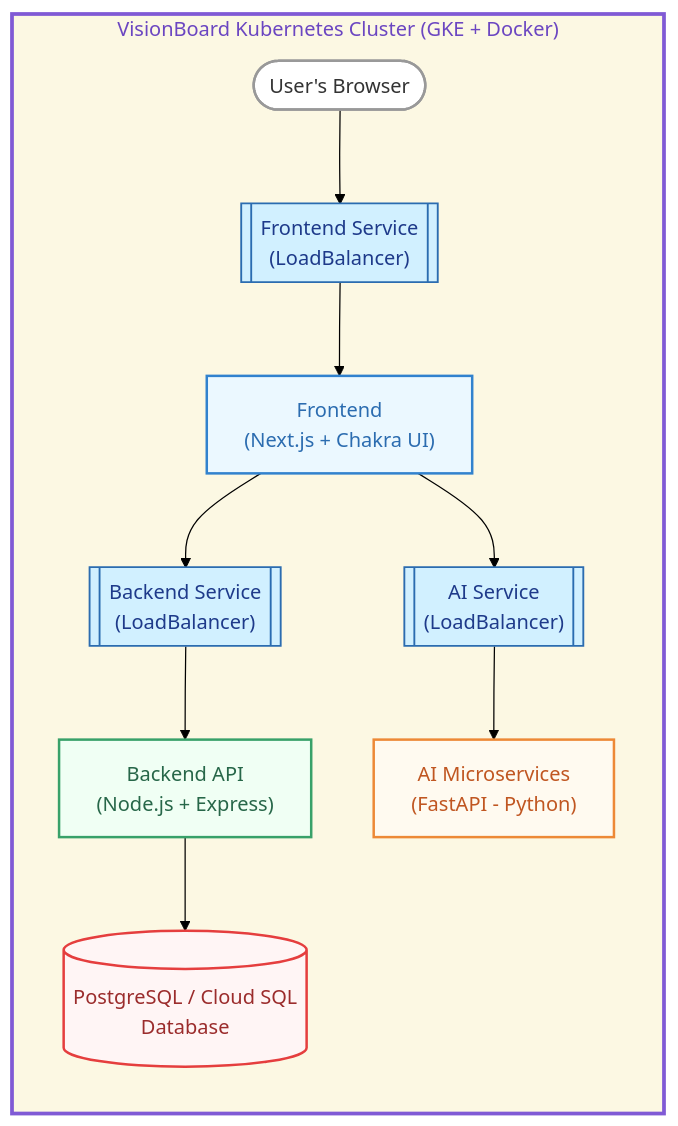
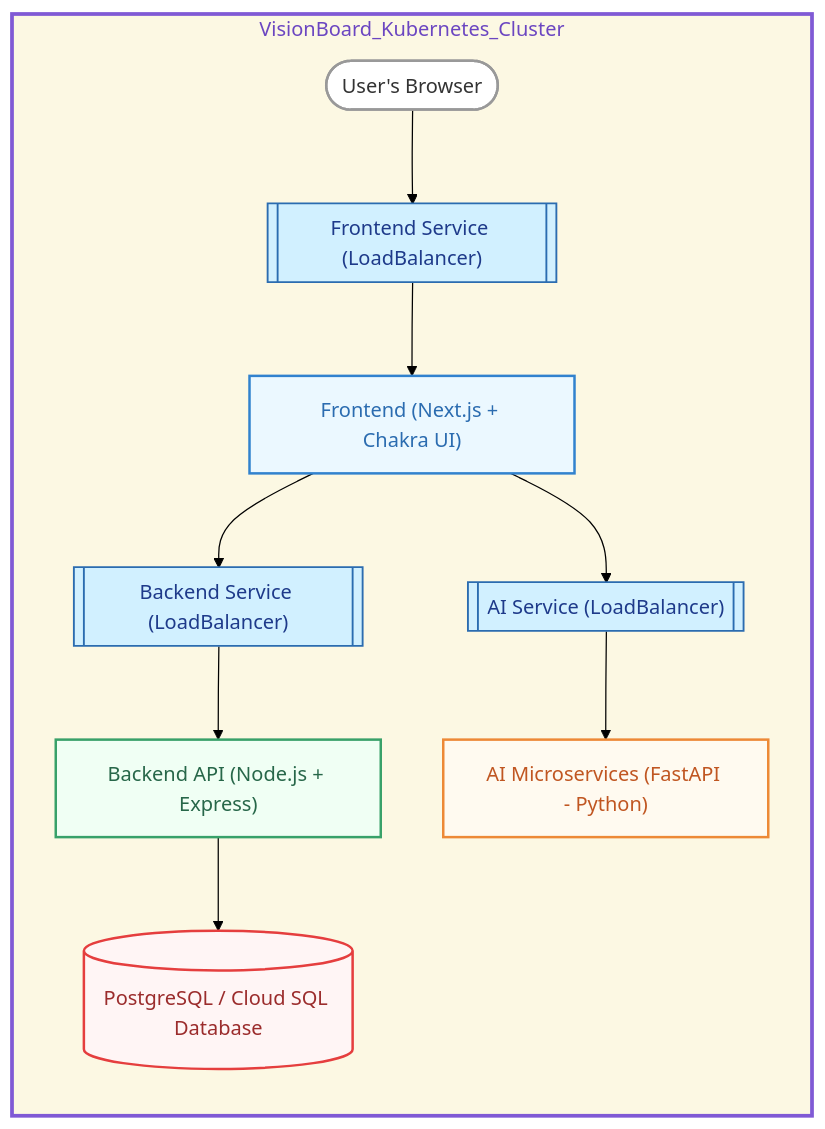
The diagram in README.md (kunigitaj/visionboard-frontend), drawn with Mermaid (forest theme) before and after one commit. The commit also changed other lines of this file, not shown here.

````diff
--- a/README.md
+++ b/README.md
@@ -62,23 +64,24 @@
 ```mermaid
 flowchart TD
-  subgraph VisionBoard_Kubernetes_Cluster["VisionBoard Kubernetes Cluster (GKE + Docker)"]
+  subgraph VisionBoard_Kubernetes_Cluster
     direction TB
 
-    Browser([User's Browser]):::external --> LB_FE[["Frontend Service<br/>(LoadBalancer)"]]:::service
-    LB_FE --> FE["Frontend<br>(Next.js + Chakra UI)"]:::frontend
-    FE --> LB_Backend[["Backend Service<br/>(LoadBalancer)"]]:::service
-    FE --> LB_AI[["AI Service<br/>(LoadBalancer)"]]:::service
-    LB_Backend --> Backend["Backend API<br>(Node.js + Express)"]:::backend
-    LB_AI --> AI["AI Microservices<br>(FastAPI - Python)"]:::ai
-    Backend --> DB[("PostgreSQL / Cloud SQL<br>Database")]:::database
+    Browser(["User's Browser"]):::external --> LB_FE[["Frontend Service (LoadBalancer)"]]:::service
+    LB_FE --> FE["Frontend (Next.js + Chakra UI)"]:::frontend
+    FE --> LB_Backend[["Backend Service (LoadBalancer)"]]:::service
+    FE --> LB_AI[["AI Service (LoadBalancer)"]]:::service
+    LB_Backend --> Backend["Backend API (Node.js + Express)"]:::backend
+    LB_AI --> AI["AI Microservices (FastAPI - Python)"]:::ai
+    Backend --> DB[(PostgreSQL / Cloud SQL Database)]:::database
   end
 
+  %% Styles
   style Browser fill:#ffffff,stroke:#999,stroke-width:2px,color:#333
   style FE fill:#ebf8ff,stroke:#3182ce,stroke-width:2px,color:#2b6cb0
   style Backend fill:#f0fff4,stroke:#38a169,stroke-width:2px,color:#276749
   style AI fill:#fffaf0,stroke:#ed8936,stroke-width:2px,color:#c05621
   style DB fill:#fff5f5,stroke:#e53e3e,stroke-width:2px,color:#9b2c2c
   style VisionBoard_Kubernetes_Cluster fill:#fcf8e3,stroke:#805ad5,stroke-width:3px,color:#6b46c1
   classDef service fill:#d1f0ff,stroke:#2b6cb0,stroke-width:1.5px,color:#1e3a8a
   classDef external fill:#ffffff,stroke:#999,stroke-width:2px,color:#333
 ```
````
